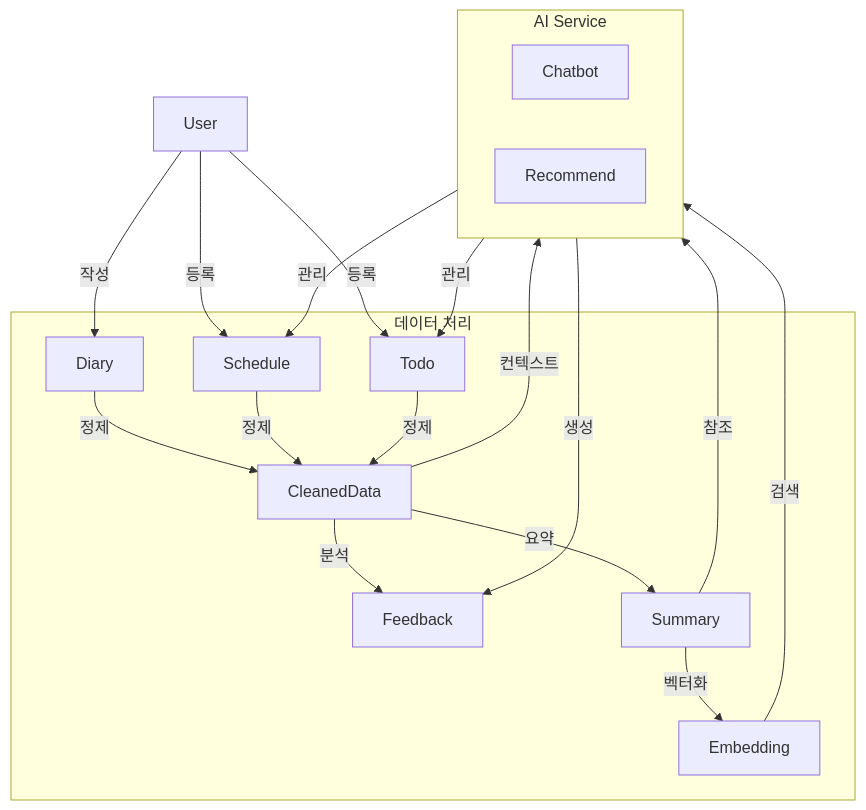
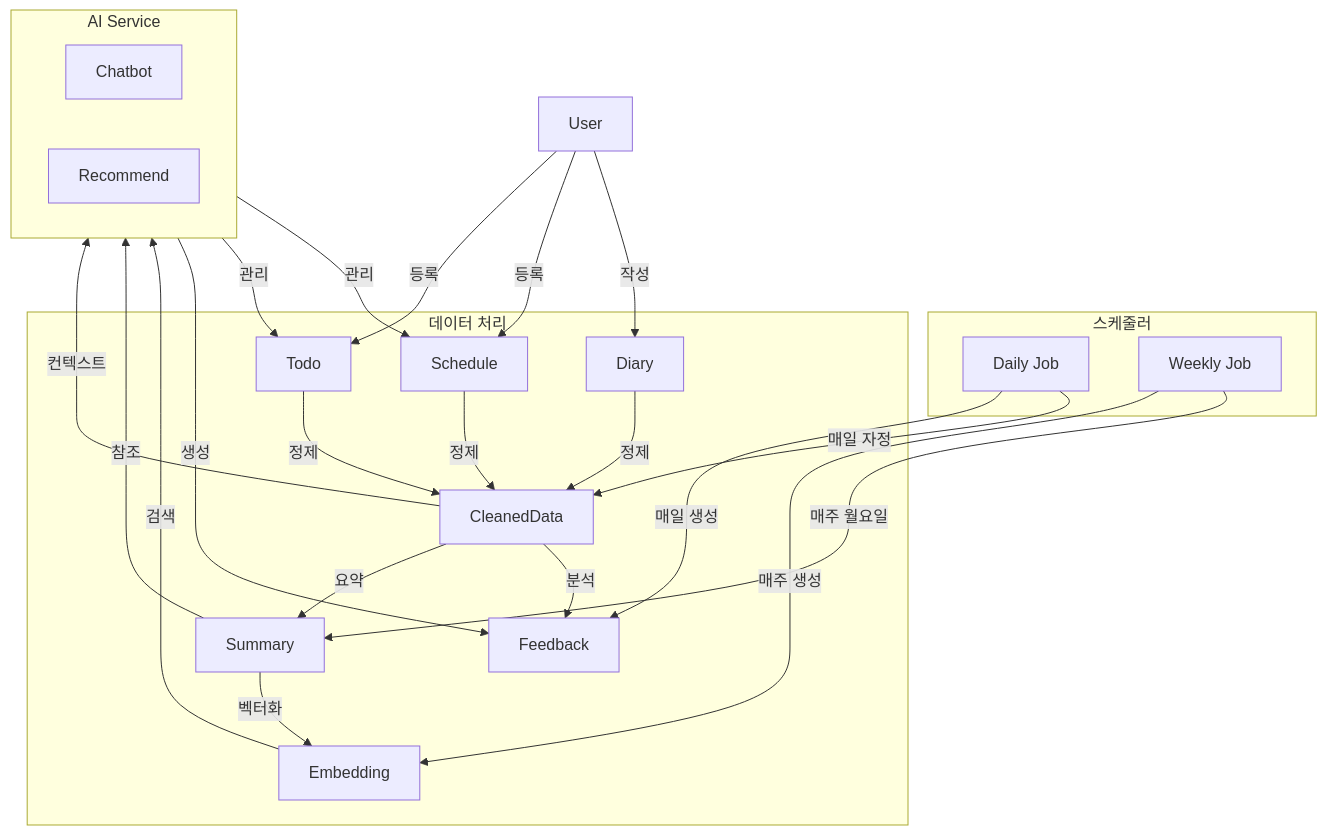
The second of 2 diagrams in README.md (K-MarkLee/Youtube_Search_bot), drawn with Mermaid before and after one commit. The commit also changed other lines of this file, not shown here.

````diff
--- a/README.md
+++ b/README.md
@@ -114,28 +127,40 @@
 ```mermaid
 graph TD
     %% 사용자 입력
     U[User] --> |작성| D[Diary]
     U --> |등록| S[Schedule]
     U --> |등록| T[Todo]
+    
+    %% 자동화 처리
+    subgraph Scheduler[스케줄러]
+        Daily[Daily Job]
+        Weekly[Weekly Job]
+    end
     
     %% AI 처리
     subgraph Processing[데이터 처리]
         D & S & T --> |정제| CD[CleanedData]
         CD --> |분석| F[Feedback]
         CD --> |요약| SM[Summary]
         SM --> |벡터화| E[Embedding]
     end
     
     %% AI 서비스
     subgraph AI[AI Service]
         C[Chatbot]
         R[Recommend]
     end
     
+    %% 스케줄러 처리
+    Daily --> |매일 자정| CD
+    Daily --> |매일 생성| F
+    Weekly --> |매주 월요일| SM
+    Weekly --> |매주 생성| E
+    
     %% AI 상호작용
     CD --> |컨텍스트| AI
     SM --> |참조| AI
     E --> |검색| AI
     AI --> |관리| S & T
     AI --> |생성| F
 ```
````
